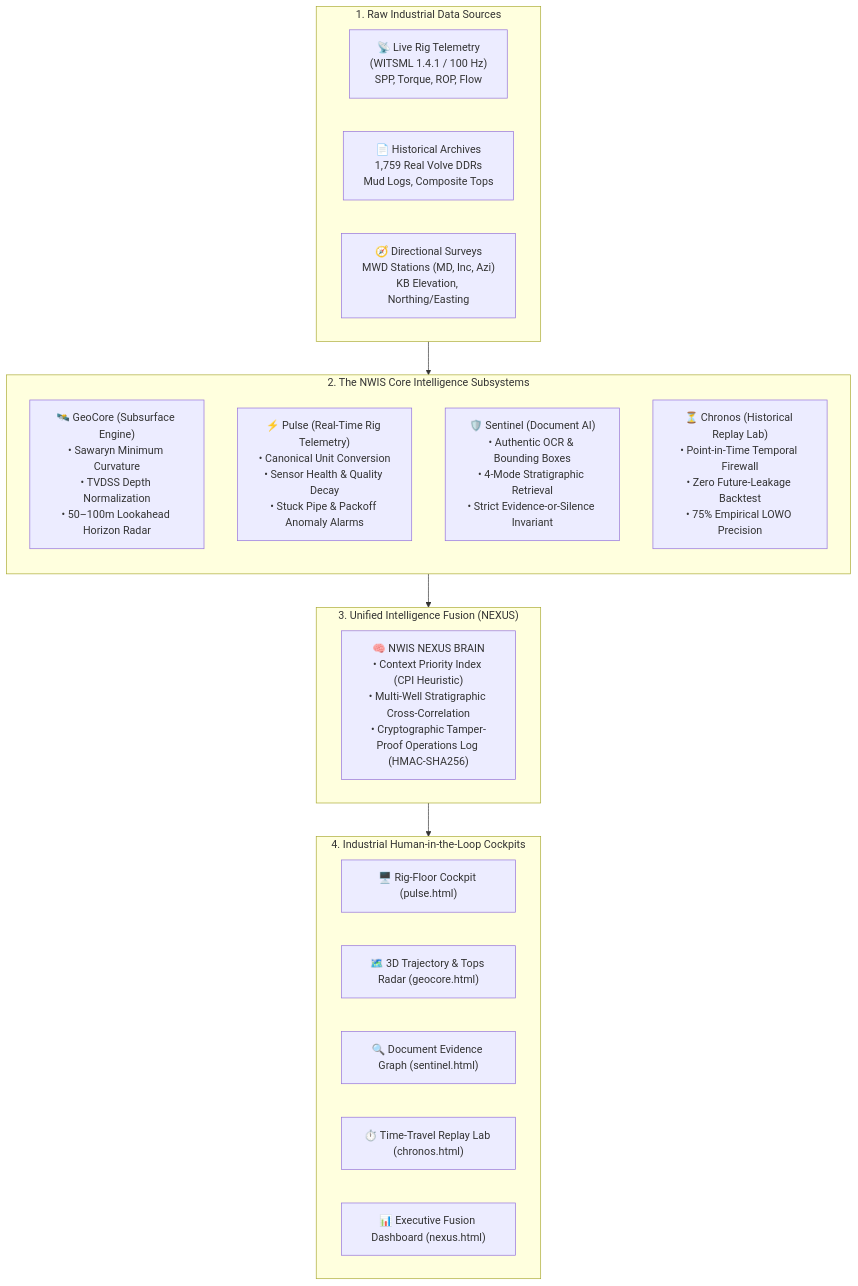
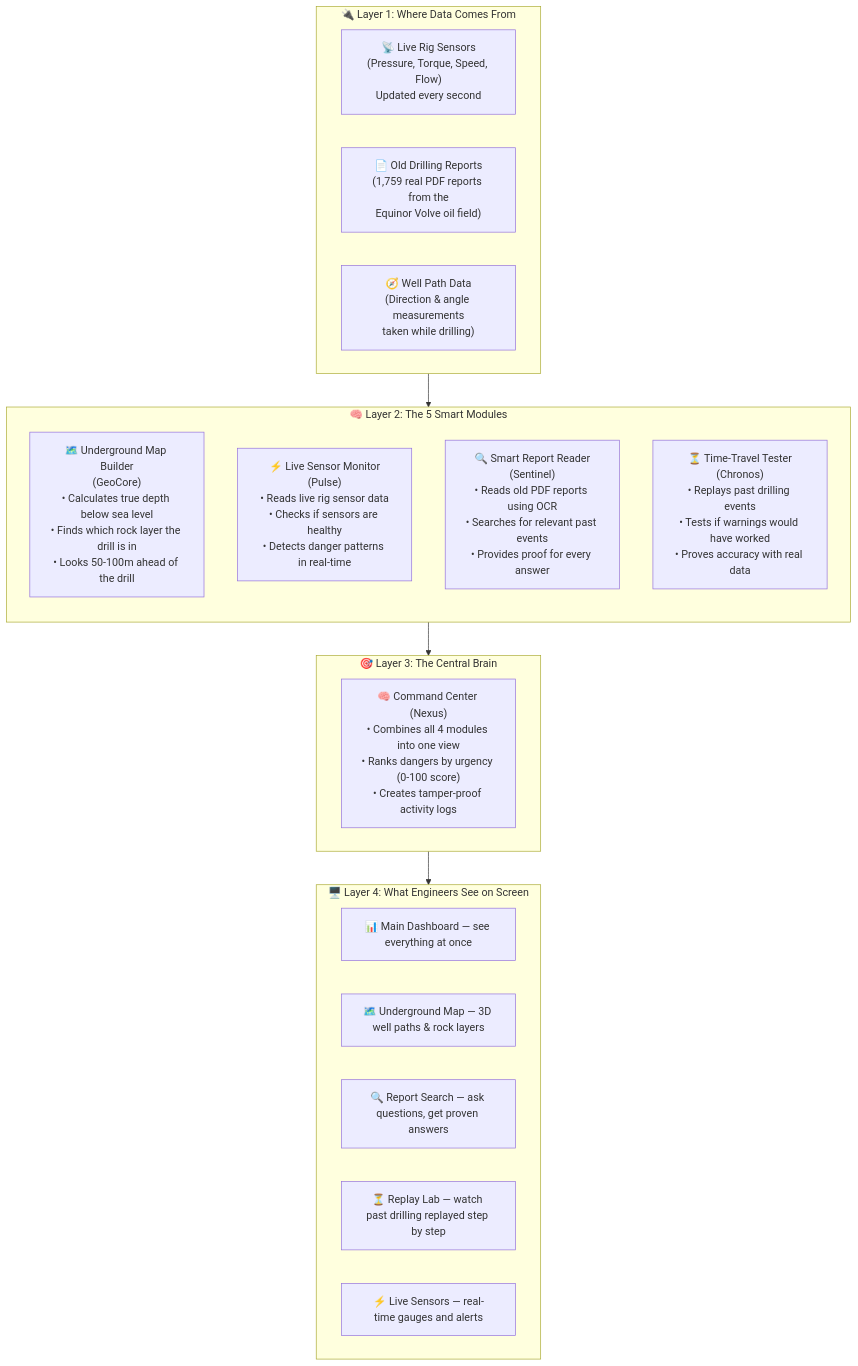
Before and after one commit to Arjundas08/eRTMAC-NWIS: the first of 4 diagrams in README.md, drawn with Mermaid. The commit also changed other lines of this file, not shown here.

````diff
--- a/README.md
+++ b/README.md
@@ -66,32 +73,32 @@
 ```mermaid
 flowchart TD
-    subgraph DataSources [" 1. Raw Industrial Data Sources "]
-        WITSML["📡 Live Rig Telemetry<br>(WITSML 1.4.1 / 100 Hz)<br>SPP, Torque, ROP, Flow"]
-        PDFs["📄 Historical Archives<br>1,759 Real Volve DDRs<br>Mud Logs, Composite Tops"]
-        Surveys["🧭 Directional Surveys<br>MWD Stations (MD, Inc, Azi)<br>KB Elevation, Northing/Easting"]
+    subgraph Layer1 ["🔌 Layer 1: Where Data Comes From"]
+        WITSML["📡 Live Rig Sensors<br>(Pressure, Torque, Speed, Flow)<br>Updated every second"]
+        PDFs["📄 Old Drilling Reports<br>(1,759 real PDF reports from the<br>Equinor Volve oil field)"]
+        Surveys["🧭 Well Path Data<br>(Direction & angle measurements<br>taken while drilling)"]
     end
 
-    subgraph CoreEngines [" 2. The NWIS Core Intelligence Subsystems "]
+    subgraph Layer2 ["🧠 Layer 2: The 5 Smart Modules"]
         direction TB
-        GeoCore["🛰️ GeoCore (Subsurface Engine)<br>• Sawaryn Minimum Curvature<br>• TVDSS Depth Normalization<br>• 50–100m Lookahead Horizon Radar"]
-        Pulse["⚡ Pulse (Real-Time Rig Telemetry)<br>• Canonical Unit Conversion<br>• Sensor Health & Quality Decay<br>• Stuck Pipe & Packoff Anomaly Alarms"]
-        Sentinel["🛡️ Sentinel (Document AI)<br>• Authentic OCR & Bounding Boxes<br>• 4-Mode Stratigraphic Retrieval<br>• Strict Evidence-or-Silence Invariant"]
-        Chronos["⏳ Chronos (Historical Replay Lab)<br>• Point-in-Time Temporal Firewall<br>• Zero Future-Leakage Backtest<br>• 75% Empirical LOWO Precision"]
+        GeoCore["🗺️ Underground Map Builder<br>(GeoCore)<br>• Calculates true depth below sea level<br>• Finds which rock layer the drill is in<br>• Looks 50-100m ahead of the drill"]
+        Pulse["⚡ Live Sensor Monitor<br>(Pulse)<br>• Reads live rig sensor data<br>• Checks if sensors are healthy<br>• Detects danger patterns in real-time"]
+        Sentinel["🔍 Smart Report Reader<br>(Sentinel)<br>• Reads old PDF reports using OCR<br>• Searches for relevant past events<br>• Provides proof for every answer"]
+        Chronos["⏳ Time-Travel Tester<br>(Chronos)<br>• Replays past drilling events<br>• Tests if warnings would have worked<br>• Proves accuracy with real data"]
     end
 
-    subgraph FusionLayer [" 3. Unified Intelligence Fusion (NEXUS) "]
-        Nexus["🧠 NWIS NEXUS BRAIN<br>• Context Priority Index (CPI Heuristic)<br>• Multi-Well Stratigraphic Cross-Correlation<br>• Cryptographic Tamper-Proof Operations Log (HMAC-SHA256)"]
+    subgraph Layer3 ["🎯 Layer 3: The Central Brain"]
+        Nexus["🧠 Command Center (Nexus)<br>• Combines all 4 modules into one view<br>• Ranks dangers by urgency (0-100 score)<br>• Creates tamper-proof activity logs"]
     end
 
-    subgraph Presentation [" 4. Industrial Human-in-the-Loop Cockpits "]
-        UI1["🖥️ Rig-Floor Cockpit (pulse.html)"]
-        UI2["🗺️ 3D Trajectory & Tops Radar (geocore.html)"]
-        UI3["🔍 Document Evidence Graph (sentinel.html)"]
-        UI4["⏱️ Time-Travel Replay Lab (chronos.html)"]
-        UI5["📊 Executive Fusion Dashboard (nexus.html)"]
+    subgraph Layer4 ["🖥️ Layer 4: What Engineers See on Screen"]
+        UI1["📊 Main Dashboard — see everything at once"]
+        UI2["🗺️ Underground Map — 3D well paths & rock layers"]
+        UI3["🔍 Report Search — ask questions, get proven answers"]
+        UI4["⏳ Replay Lab — watch past drilling replayed step by step"]
+        UI5["⚡ Live Sensors — real-time gauges and alerts"]
     end
 
-    DataSources --> CoreEngines
-    CoreEngines --> FusionLayer
-    FusionLayer --> Presentation
+    Layer1 --> Layer2
+    Layer2 --> Layer3
+    Layer3 --> Layer4
 ```
````
